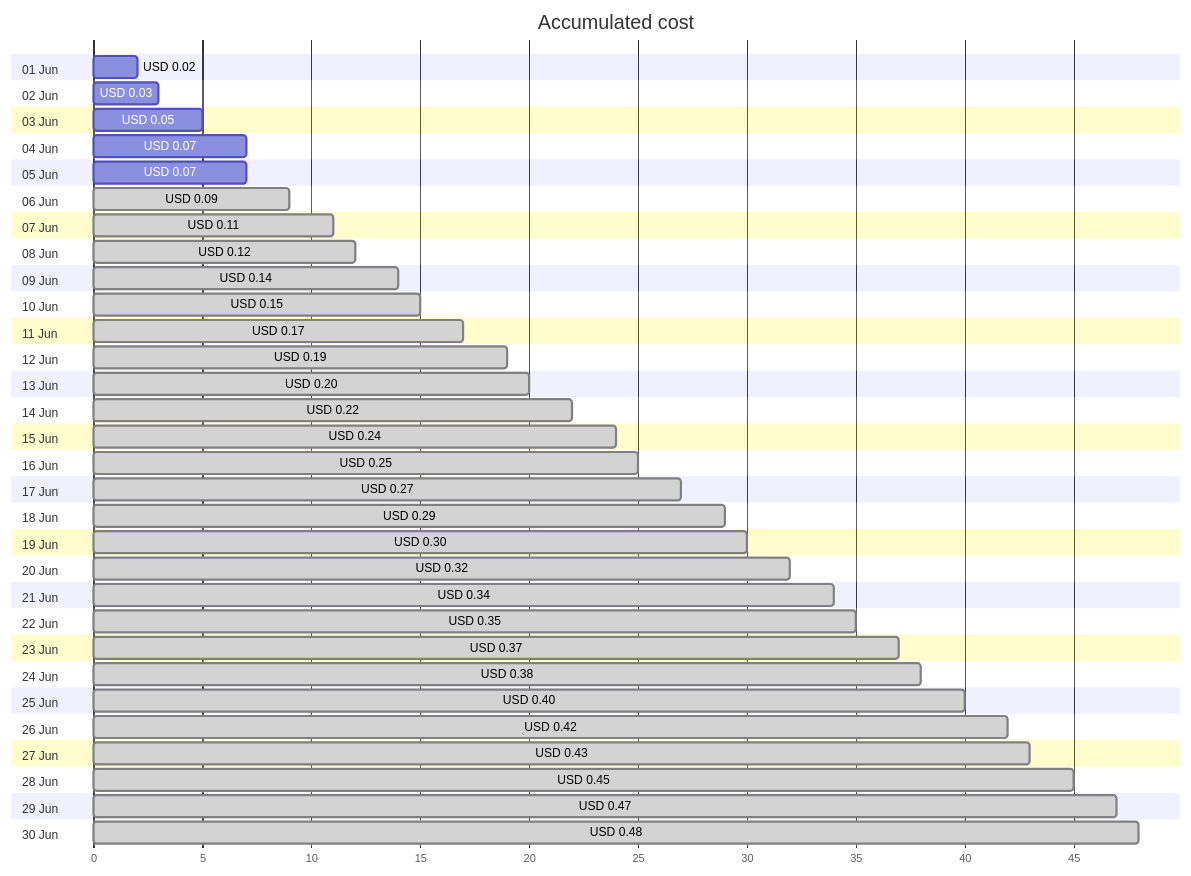
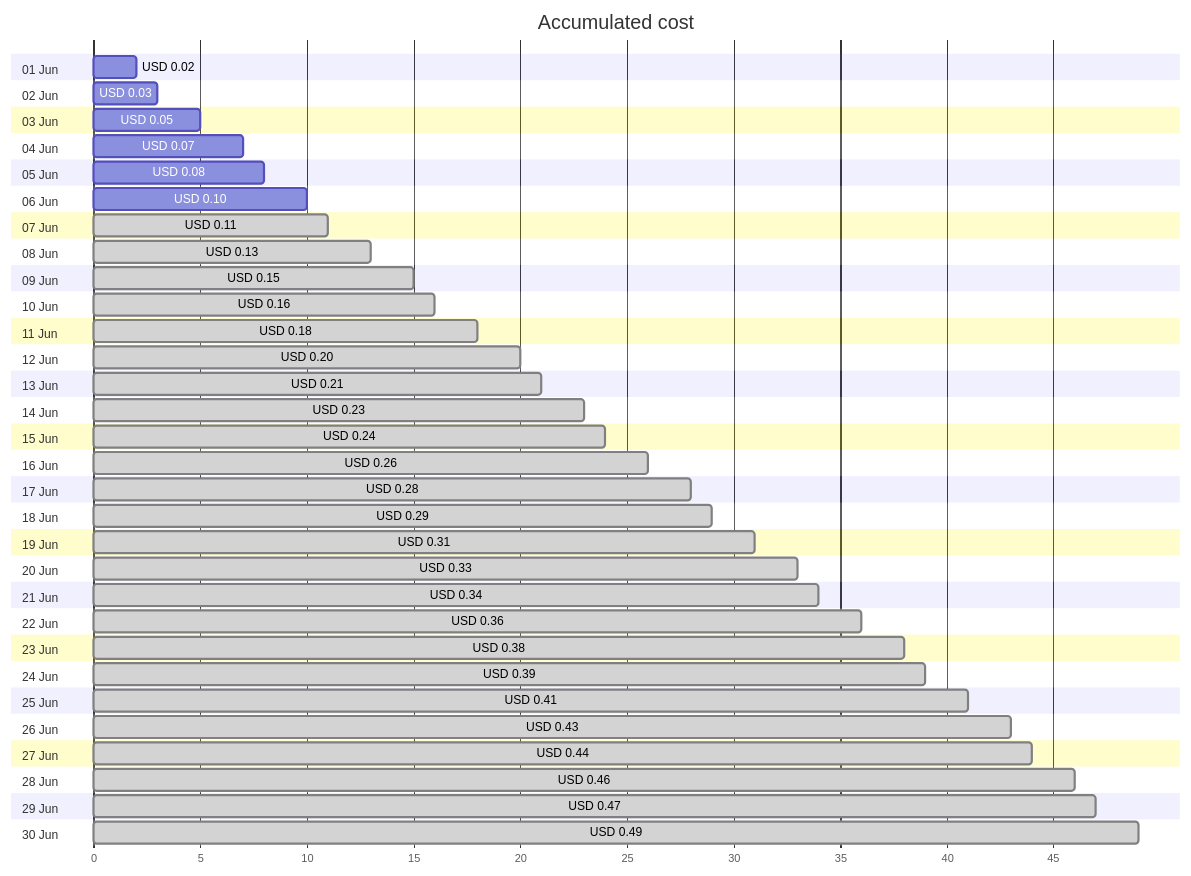
One commit to jpfulton/azure-personal-reports changed the first of 4 diagrams in cost-reports/personal-dns/jpatrickfulton.com.md. Above: the diagram before and after it, drawn with Mermaid. The commit also changed other lines of this file and 2 other files, not shown here.

Commit message:
Generated reports [skip ci]

````diff
--- a/cost-reports/personal-dns/jpatrickfulton.com.md
+++ b/cost-reports/personal-dns/jpatrickfulton.com.md
@@ -20,66 +20,66 @@
 ```mermaid
 gantt
    title Accumulated cost
    dateFormat  X
    axisFormat %s
    section 01 Jun
    USD 0.02 :0, 2
    section 02 Jun
    USD 0.03 :0, 3
    section 03 Jun
    USD 0.05 :0, 5
    section 04 Jun
    USD 0.07 :0, 7
    section 05 Jun
-   USD 0.07 :0, 7
+   USD 0.08 :0, 8
    section 06 Jun
-   USD 0.09 : done, 0, 9
+   USD 0.10 :0, 10
    section 07 Jun
    USD 0.11 : done, 0, 11
    section 08 Jun
-   USD 0.12 : done, 0, 12
+   USD 0.13 : done, 0, 13
    section 09 Jun
-   USD 0.14 : done, 0, 14
+   USD 0.15 : done, 0, 15
    section 10 Jun
-   USD 0.15 : done, 0, 15
+   USD 0.16 : done, 0, 16
    section 11 Jun
-   USD 0.17 : done, 0, 17
+   USD 0.18 : done, 0, 18
    section 12 Jun
-   USD 0.19 : done, 0, 19
+   USD 0.20 : done, 0, 20
    section 13 Jun
-   USD 0.20 : done, 0, 20
+   USD 0.21 : done, 0, 21
    section 14 Jun
-   USD 0.22 : done, 0, 22
+   USD 0.23 : done, 0, 23
    section 15 Jun
    USD 0.24 : done, 0, 24
    section 16 Jun
-   USD 0.25 : done, 0, 25
+   USD 0.26 : done, 0, 26
    section 17 Jun
-   USD 0.27 : done, 0, 27
+   USD 0.28 : done, 0, 28
    section 18 Jun
    USD 0.29 : done, 0, 29
    section 19 Jun
-   USD 0.30 : done, 0, 30
+   USD 0.31 : done, 0, 31
    section 20 Jun
-   USD 0.32 : done, 0, 32
+   USD 0.33 : done, 0, 33
    section 21 Jun
    USD 0.34 : done, 0, 34
    section 22 Jun
-   USD 0.35 : done, 0, 35
+   USD 0.36 : done, 0, 36
    section 23 Jun
-   USD 0.37 : done, 0, 37
+   USD 0.38 : done, 0, 38
    section 24 Jun
-   USD 0.38 : done, 0, 38
+   USD 0.39 : done, 0, 39
    section 25 Jun
-   USD 0.40 : done, 0, 40
+   USD 0.41 : done, 0, 41
    section 26 Jun
-   USD 0.42 : done, 0, 42
+   USD 0.43 : done, 0, 43
    section 27 Jun
-   USD 0.43 : done, 0, 43
+   USD 0.44 : done, 0, 44
    section 28 Jun
-   USD 0.45 : done, 0, 45
+   USD 0.46 : done, 0, 46
    section 29 Jun
    USD 0.47 : done, 0, 47
    section 30 Jun
-   USD 0.48 : done, 0, 48
+   USD 0.49 : done, 0, 49
 ```
````
